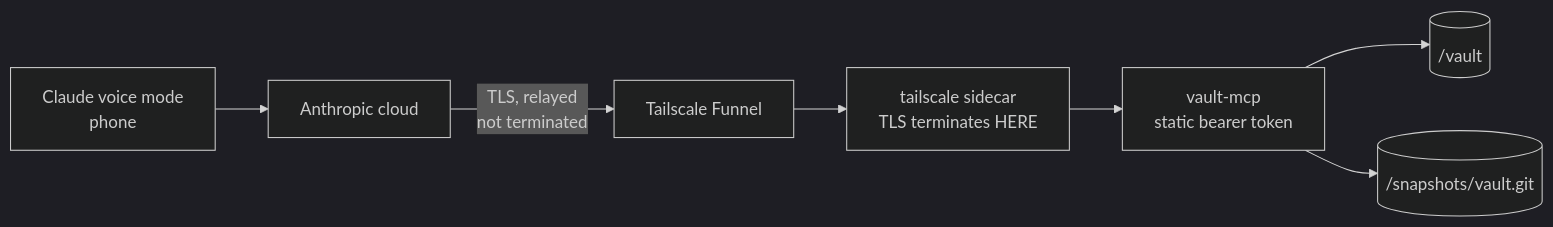
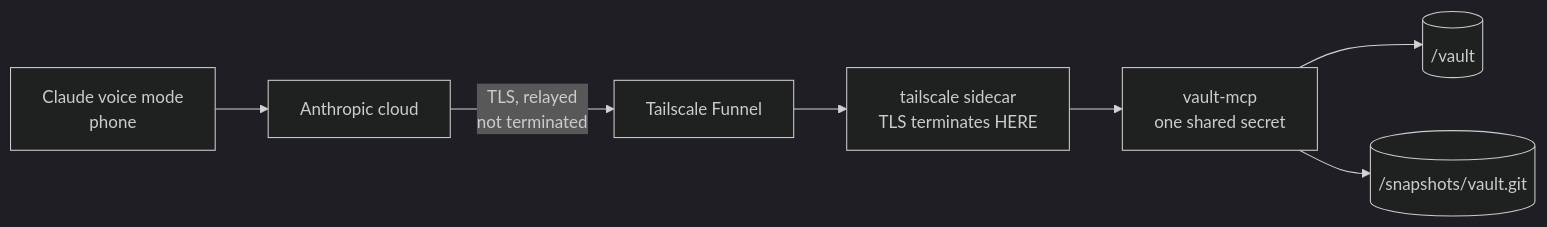
One commit to ky1ejs/homelab changed the diagram in vault-mcp/README.md. Above: the diagram before and after it, drawn with Mermaid (dark theme). The commit also changed other lines of this file and 4 other files, not shown here.

````diff
--- a/vault-mcp/README.md
+++ b/vault-mcp/README.md
@@ -138,9 +138,9 @@
 ```mermaid
 flowchart LR
     voice["Claude voice mode<br/>phone"] --> anth["Anthropic cloud"]
     anth -->|"TLS, relayed<br/>not terminated"| ts["Tailscale Funnel"]
     ts --> side["tailscale sidecar<br/>TLS terminates HERE"]
-    side --> mcp["vault-mcp<br/>static bearer token"]
+    side --> mcp["vault-mcp<br/>one shared secret"]
     mcp --> vault[("/vault")]
     mcp --> snap[("/snapshots/vault.git")]
 ```
````
